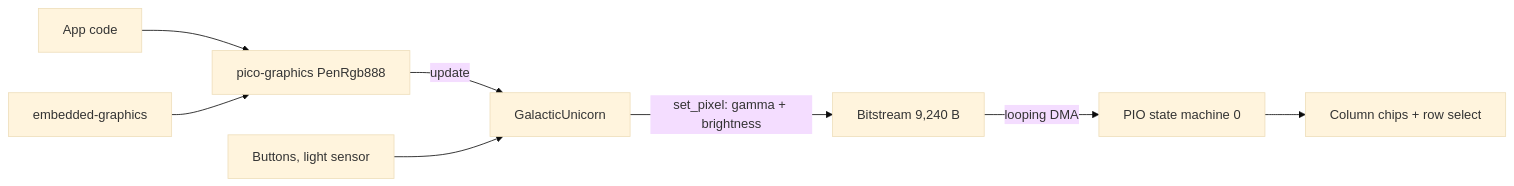
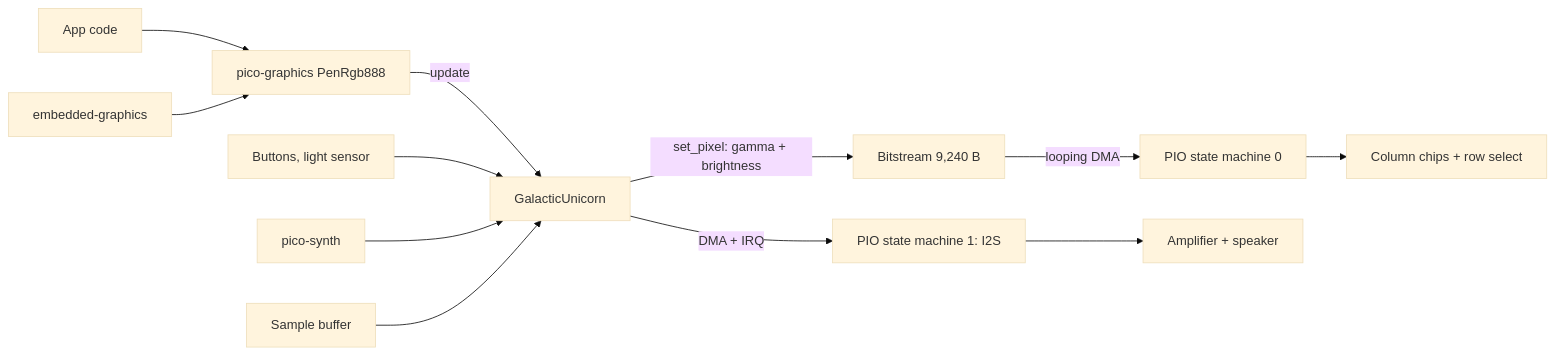
One commit to Velrok/galactic-unicorn-oxide changed the first of 3 diagrams in docs/galactic-unicorn.md. Above: the diagram before and after it, drawn with Mermaid (base theme). The commit also changed other lines of this file and 3 other files, not shown here.

````diff
--- a/docs/galactic-unicorn.md
+++ b/docs/galactic-unicorn.md
@@ -14,10 +14,14 @@
 ```mermaid
 graph LR
     App[App code] --> Pen[pico-graphics PenRgb888]
     EG[embedded-graphics] --> Pen
     Pen -- update --> GU[GalacticUnicorn]
     GU -- set_pixel: gamma + brightness --> BS[Bitstream 9,240 B]
     BS -- looping DMA --> PIO[PIO state machine 0]
     PIO --> LED[Column chips + row select]
     Btn[Buttons, light sensor] --> GU
+    Synth[pico-synth] --> GU
+    Smp[Sample buffer] --> GU
+    GU -- DMA + IRQ --> I2S[PIO state machine 1: I2S]
+    I2S --> Amp[Amplifier + speaker]
 ```
````
